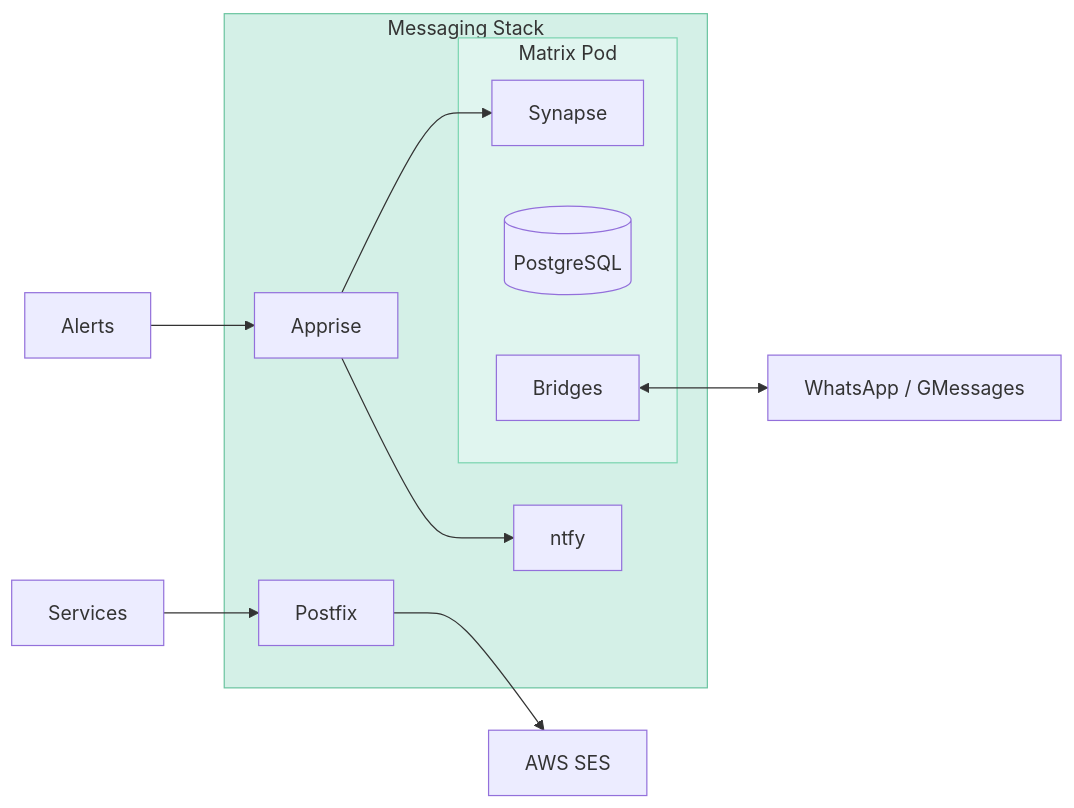
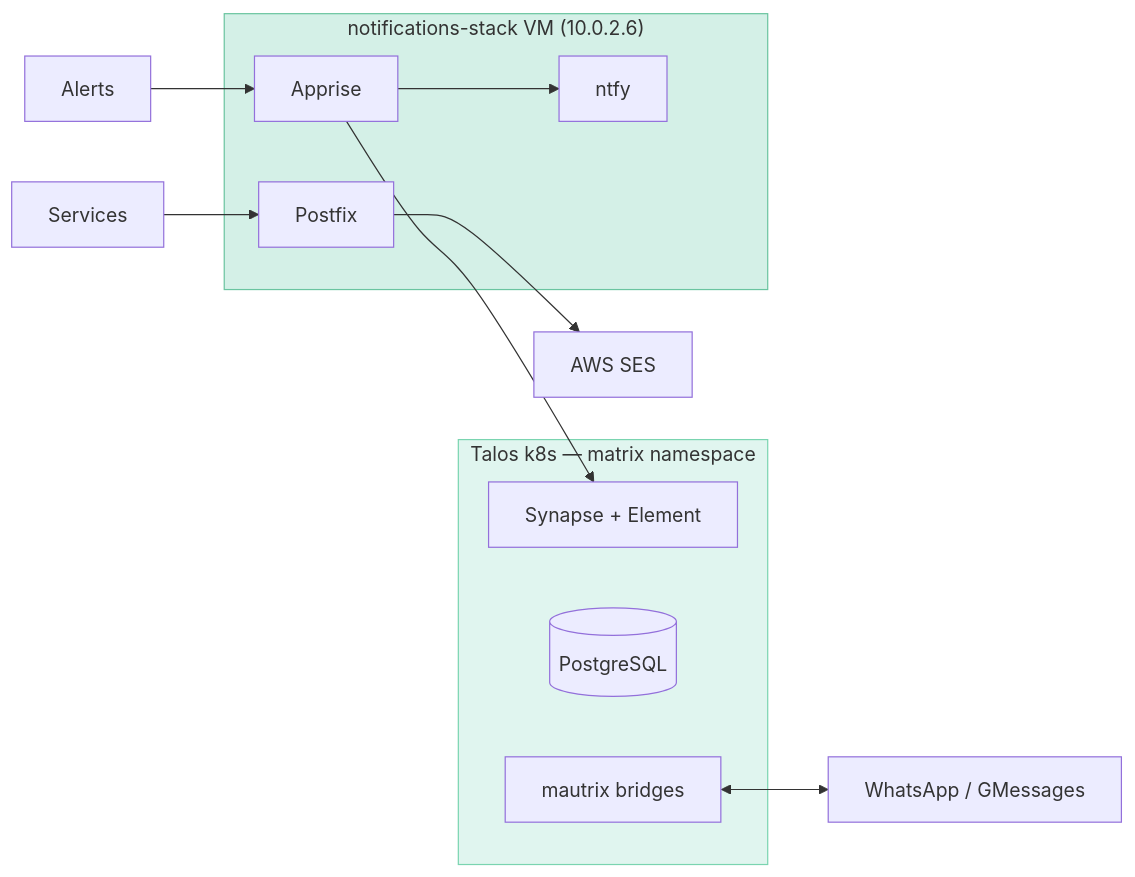
One commit to shedrachokonofua/aether changed the diagram in docs/communication.md. Above: the diagram before and after it, drawn with Mermaid. The commit also changed other lines of this file and 36 other files, not shown here.

First line of the commit message:
Rename messaging-stack to notifications-stack, move to VLAN 2

````diff
--- a/docs/communication.md
+++ b/docs/communication.md
@@ -7,22 +9,22 @@
 ```mermaid
 flowchart LR
-    subgraph Niobe["Messaging Stack"]
-        subgraph MatrixPod["Matrix Pod"]
-            Synapse["Synapse"]
-            Postgres[(PostgreSQL)]
-            Bridges["Bridges"]
-        end
+    subgraph K8s["Talos k8s — matrix namespace"]
+        Synapse["Synapse + Element"]
+        Postgres[(PostgreSQL)]
+        Bridges["mautrix bridges"]
+    end
 
+    subgraph VM["notifications-stack VM (10.0.2.6)"]
         Apprise["Apprise"]
         ntfy["ntfy"]
         Postfix["Postfix"]
     end
 
     Alerts["Alerts"] --> Apprise
     Apprise --> ntfy & Synapse
     Services["Services"] --> Postfix --> SES["AWS SES"]
     Bridges <--> External["WhatsApp / GMessages"]
 
-    style Niobe fill:#d4f0e7,stroke:#6ac4a0
-    style MatrixPod fill:#e0f5ef,stroke:#7ad4b0
+    style K8s fill:#e0f5ef,stroke:#7ad4b0
+    style VM fill:#d4f0e7,stroke:#6ac4a0
 ```
````
